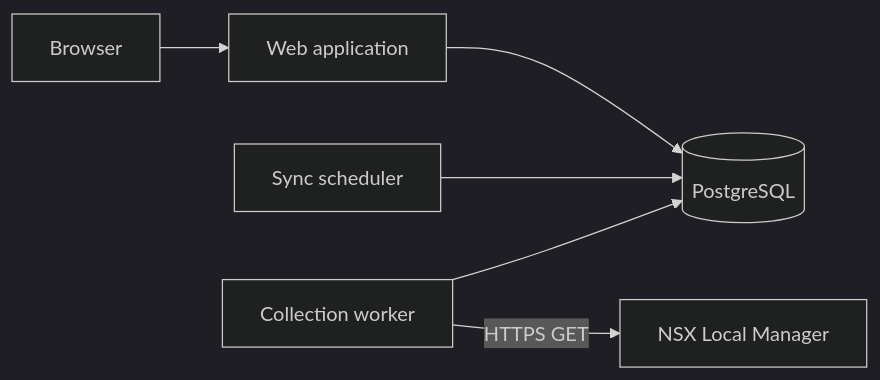
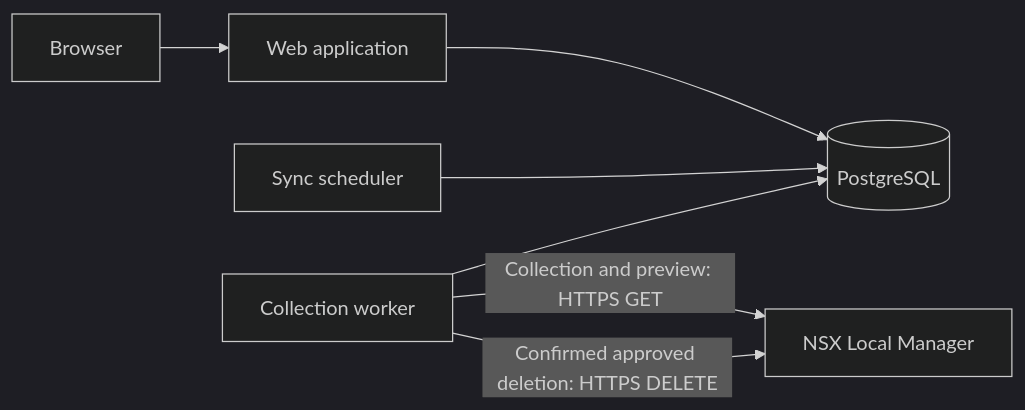
One commit to vkernel/NSX-Security-Analyzer changed the diagram in docs/architecture.md. Above: the diagram before and after it, drawn with Mermaid (dark theme). The commit also changed other lines of this file and 35 other files, not shown here.

Commit message:
Add confirmed NSX deletion and category approvals with updated guides

````diff
--- a/docs/architecture.md
+++ b/docs/architecture.md
@@ -3,8 +3,9 @@
 ```mermaid
 flowchart LR
   Browser --> Web[Web application]
   Web --> DB[(PostgreSQL)]
   Scheduler[Sync scheduler] --> DB
   Worker[Collection worker] --> DB
-  Worker -->|HTTPS GET| NSX[NSX Local Manager]
+  Worker -->|Collection and preview: HTTPS GET| NSX[NSX Local Manager]
+  Worker -->|Confirmed approved deletion: HTTPS DELETE| NSX
 ```
````
